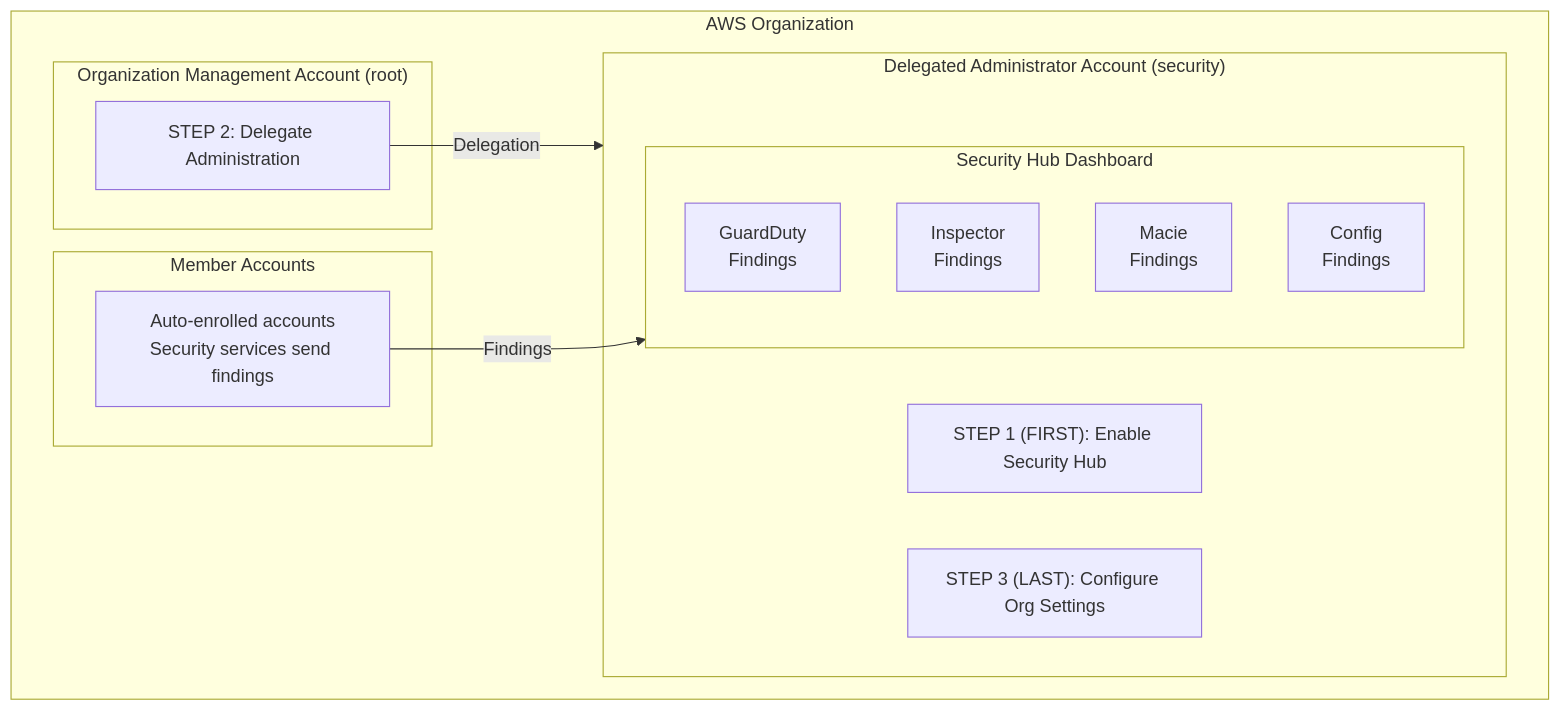
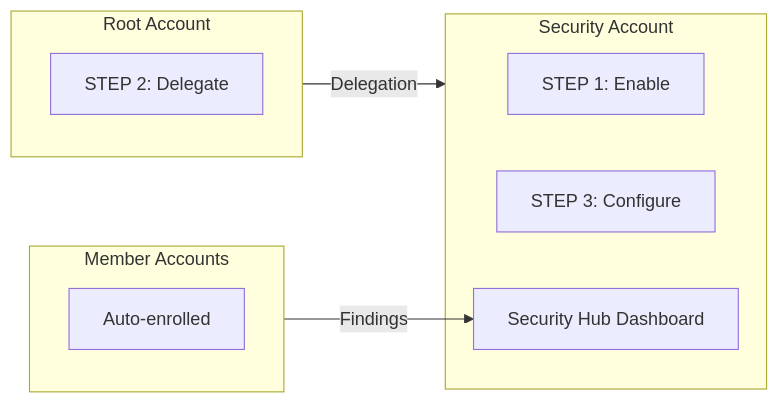
The diagram in docs/layers/security-and-compliance/aws-security-hub.mdx (cloudposse/docs), drawn with Mermaid before and after one commit. The commit also changed 10 other files, not shown here.

````diff
--- a/docs/layers/security-and-compliance/aws-security-hub.mdx
+++ b/docs/layers/security-and-compliance/aws-security-hub.mdx
@@ -51,26 +51,19 @@
 ```mermaid
-flowchart TB
-    subgraph org["AWS Organization"]
-        subgraph root["Organization Management Account (root)"]
-            step2["STEP 2: Delegate Administration"]
-        end
-
-        subgraph security["Delegated Administrator Account (security)"]
-            step1["STEP 1 (FIRST): Enable Security Hub"]
-            step3["STEP 3 (LAST): Configure Org Settings"]
-            subgraph dashboard["Security Hub Dashboard"]
-                guardduty["GuardDuty<br/>Findings"]
-                inspector["Inspector<br/>Findings"]
-                macie["Macie<br/>Findings"]
-                config["Config<br/>Findings"]
-            end
-        end
-
-        subgraph members["Member Accounts"]
-            member["Auto-enrolled accounts<br/>Security services send findings"]
-        end
+flowchart LR
+    subgraph root["Root Account"]
+        step2["STEP 2: Delegate"]
     end
 
-    step2 -->|"Delegation"| security
-    member -->|"Findings"| dashboard
+    subgraph security["Security Account"]
+        step1["STEP 1: Enable"]
+        step3["STEP 3: Configure"]
+        dashboard["Security Hub Dashboard"]
+    end
+
+    subgraph members["Member Accounts"]
+        member["Auto-enrolled"]
+    end
+
+    root -->|"Delegation"| security
+    members -->|"Findings"| dashboard
 ```
````
